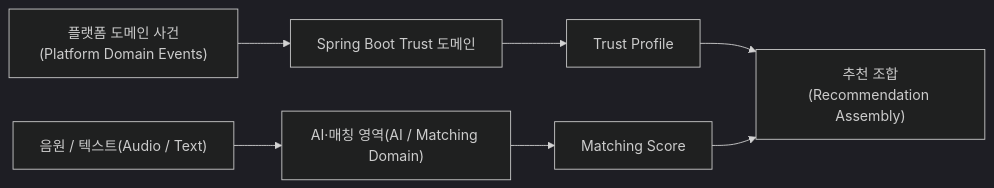
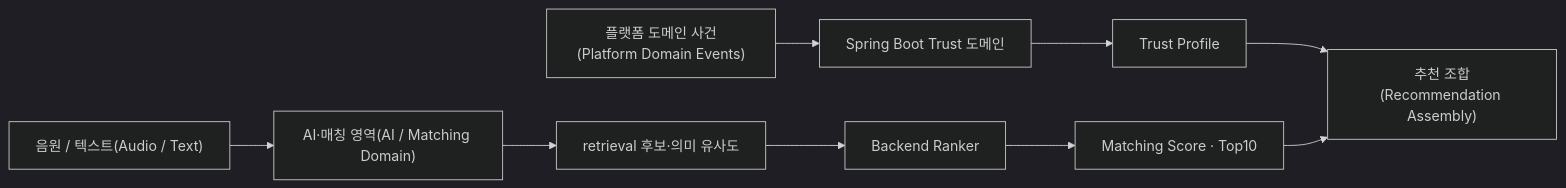
One commit to nsuCapstoneTeam/NSU_CAPSTONE changed the fourth of 4 diagrams in docs/adr/artist_trust_architecture/06_database_and_implementation_roadmap.md. Above: the diagram before and after it, drawn with Mermaid (dark theme). The commit also changed other lines of this file, not shown here.

````diff
--- a/docs/adr/artist_trust_architecture/06_database_and_implementation_roadmap.md
+++ b/docs/adr/artist_trust_architecture/06_database_and_implementation_roadmap.md
@@ -551,13 +555,15 @@
 ```mermaid
 flowchart LR
     Platform["플랫폼 도메인 사건(Platform Domain Events)"]
     Platform --> Spring["Spring Boot Trust 도메인"]
     Spring --> Trust["Trust Profile"]
 
     Audio["음원 / 텍스트(Audio / Text)"]
     Audio --> AI["AI·매칭 영역(AI / Matching Domain)"]
-    AI --> Fit["Matching Score"]
+    AI --> Retrieval["retrieval 후보·의미 유사도"]
+    Retrieval --> Ranker["Backend Ranker"]
+    Ranker --> Fit["Matching Score · Top10"]
 
     Trust --> Recommendation["추천 조합(Recommendation Assembly)"]
     Fit --> Recommendation
 ```
````
